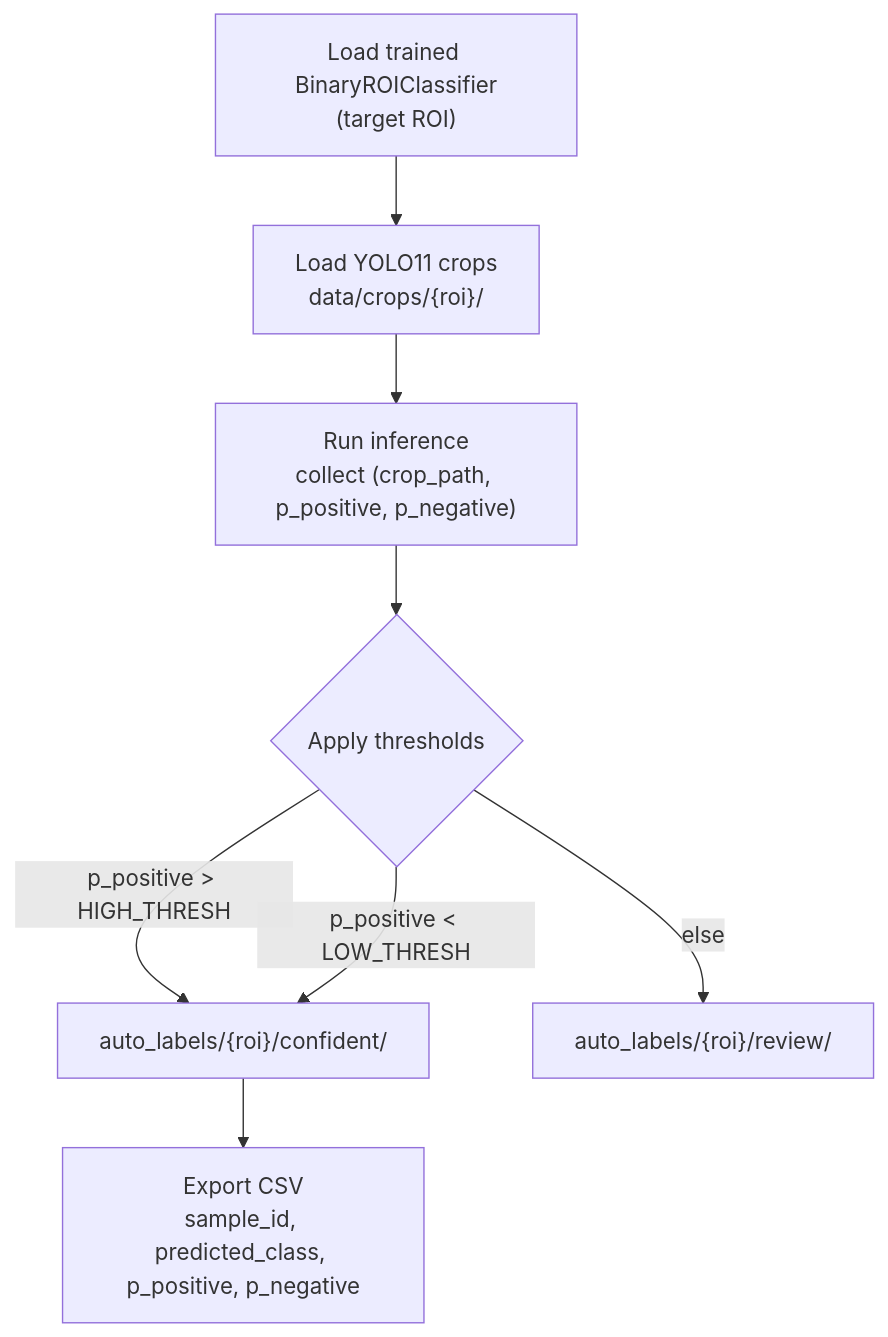
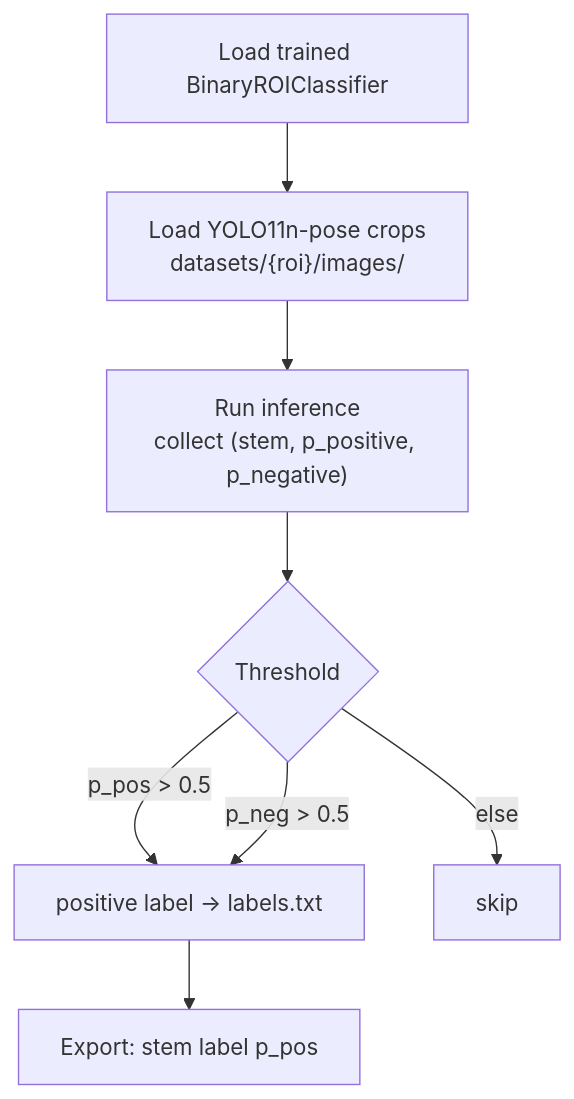
One commit to JlordS32/FatigueSense changed the third of 3 diagrams in docs/binary_classifier_bootstrap.md. Above: the diagram before and after it, drawn with Mermaid. The commit also changed other lines of this file and 14 other files, not shown here.

````diff
--- a/docs/binary_classifier_bootstrap.md
+++ b/docs/binary_classifier_bootstrap.md
@@ -126,10 +101,10 @@
 ```mermaid
 flowchart TD
-    A["Load trained BinaryROIClassifier\n(target ROI)"] --> B["Load YOLO11 crops\ndata/crops/{roi}/"]
-    B --> C["Run inference\ncollect (crop_path, p_positive, p_negative)"]
-    C --> D{Apply thresholds}
-    D -->|"p_positive > HIGH_THRESH"| E["auto_labels/{roi}/confident/"]
-    D -->|"p_positive < LOW_THRESH"| E
-    D -->|else| F["auto_labels/{roi}/review/"]
-    E --> G["Export CSV\nsample_id, predicted_class, p_positive, p_negative"]
+    A["Load trained BinaryROIClassifier"] --> B["Load YOLO11n-pose crops\ndatasets/{roi}/images/"]
+    B --> C["Run inference\ncollect (stem, p_positive, p_negative)"]
+    C --> D{Threshold}
+    D -->|"p_pos > 0.5"| E["positive label → labels.txt"]
+    D -->|"p_neg > 0.5"| E
+    D -->|else| F["skip"]
+    E --> G["Export: stem  label  p_pos"]
 ```
````
